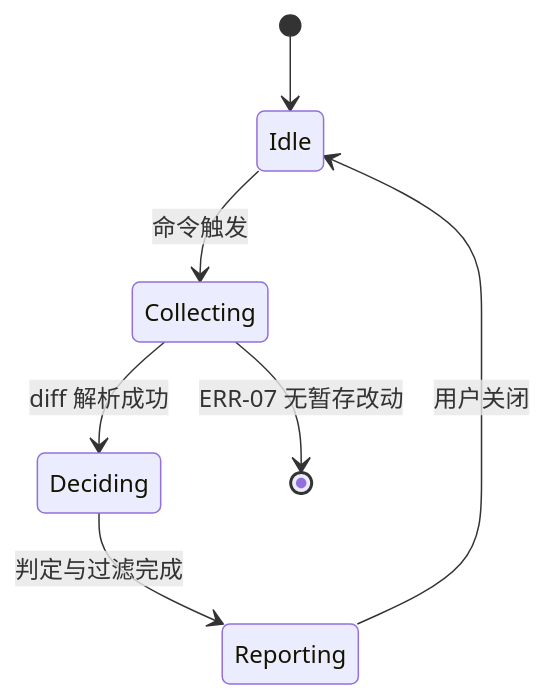
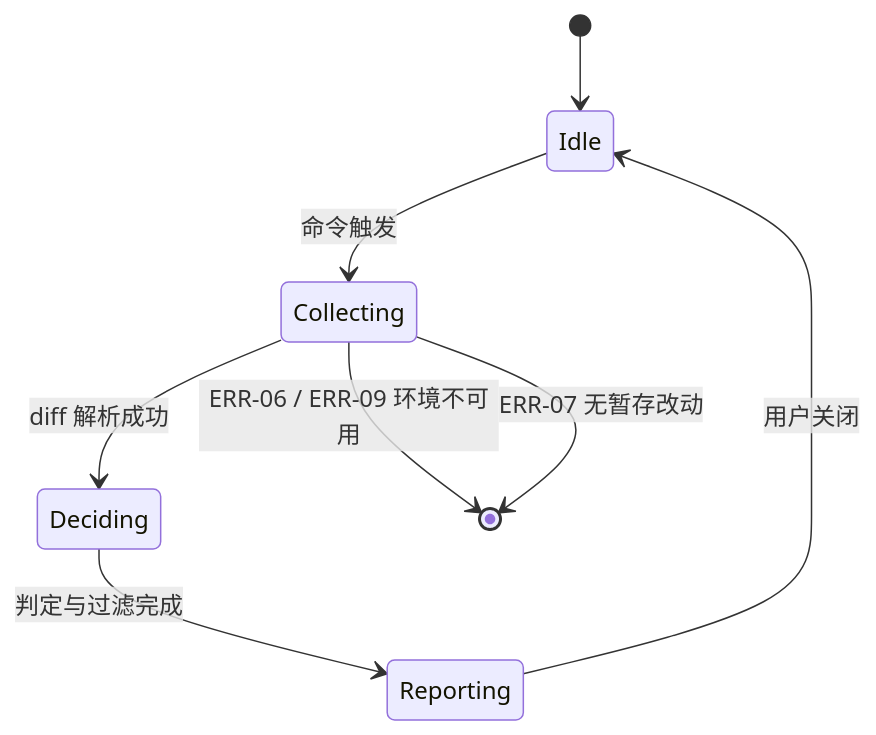
Before and after one commit to aifuun/sonecheck: the diagram in docs/versions/v0.1.0-local-mvp/400-build.md, drawn with Mermaid. The commit also changed other lines of this file and 3 other files, not shown here.

````diff
--- a/docs/versions/v0.1.0-local-mvp/400-build.md
+++ b/docs/versions/v0.1.0-local-mvp/400-build.md
@@ -340,9 +342,10 @@
 ```mermaid
 stateDiagram-v2
   [*] --> Idle
   Idle --> Collecting: 命令触发
   Collecting --> Deciding: diff 解析成功
+  Collecting --> [*]: ERR-06 / ERR-09 环境不可用
   Collecting --> [*]: ERR-07 无暂存改动
   Deciding --> Reporting: 判定与过滤完成
   Reporting --> Idle: 用户关闭
 ```
````
